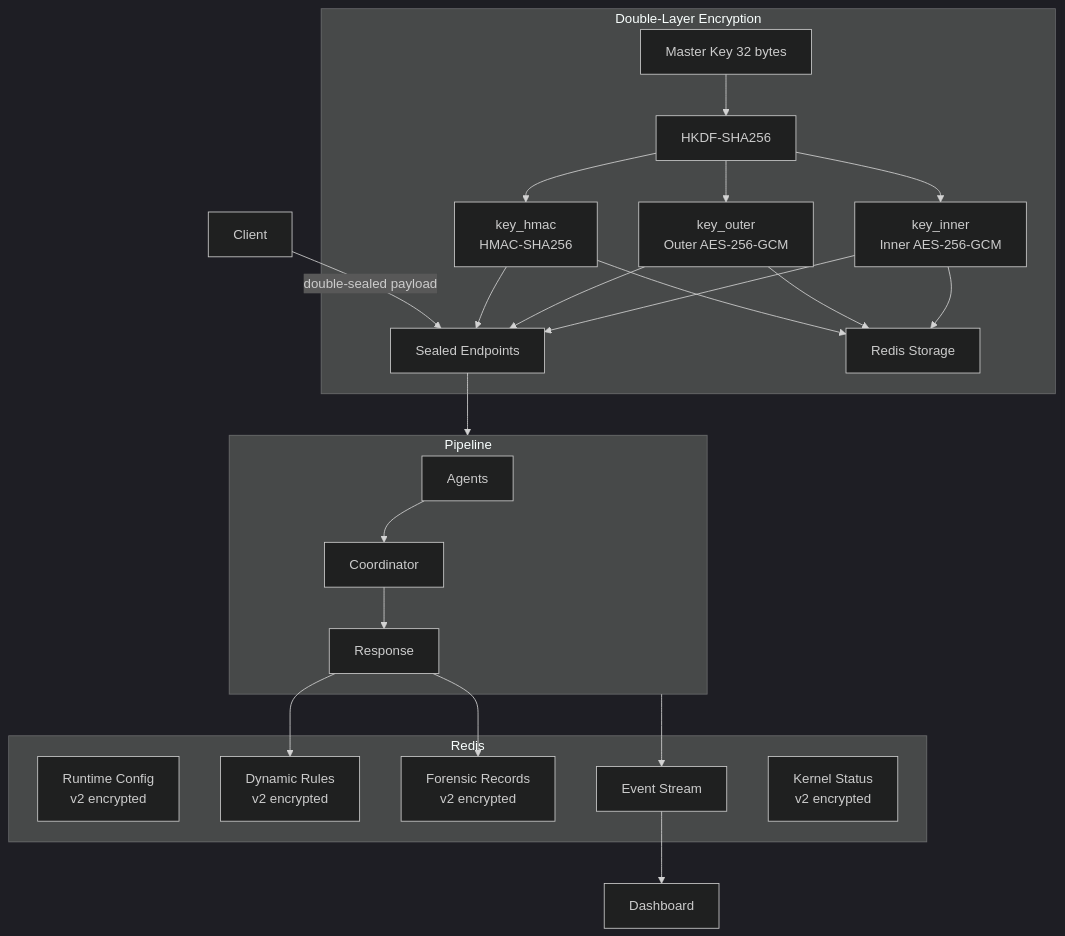
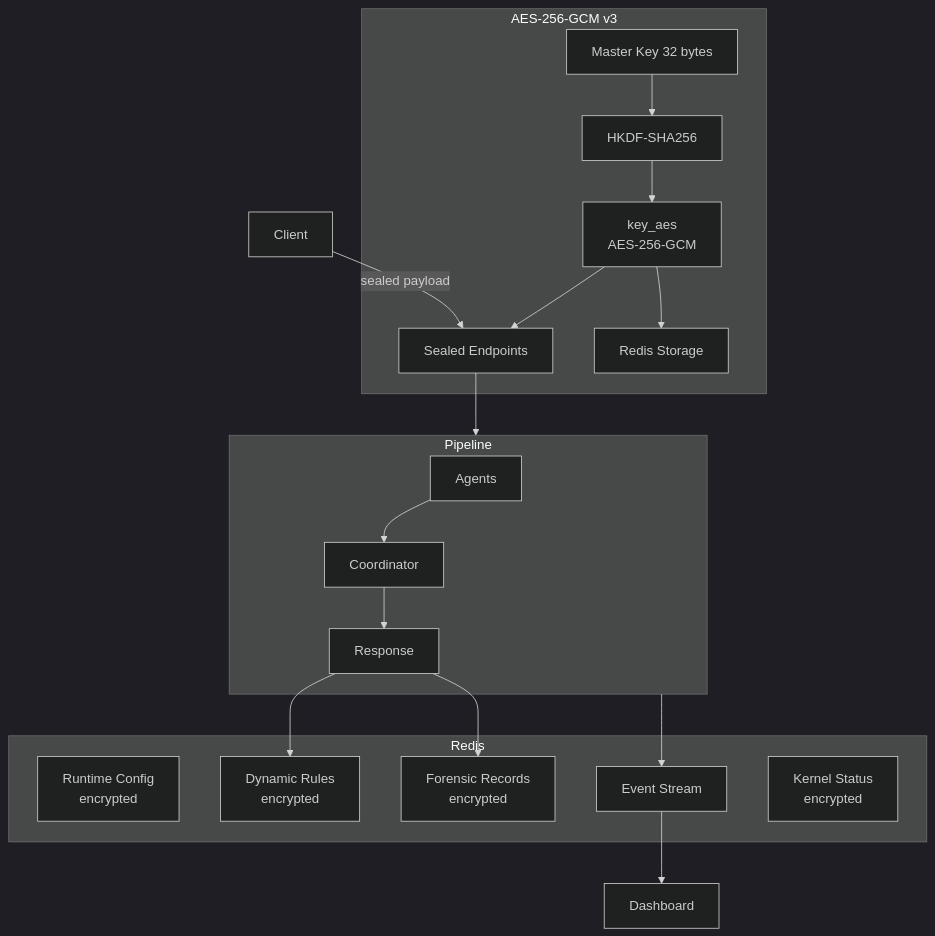
The second of 2 diagrams in docs/architecture.md (Legendarylibrorg/AutoDefense), drawn with Mermaid (dark theme) before and after one commit. The commit also changed other lines of this file and 21 other files, not shown here.

First line of the commit message:
Simplify crypto to v3 AES-GCM and harden key handling.

````diff
--- a/docs/architecture.md
+++ b/docs/architecture.md
@@ -122,34 +122,28 @@
 ```mermaid
 flowchart TB
-    subgraph Encryption[Double-Layer Encryption]
+    subgraph Encryption[AES-256-GCM v3]
         MK[Master Key 32 bytes] --> HKDF[HKDF-SHA256]
-        HKDF --> IK[key_inner<br>Inner AES-256-GCM]
-        HKDF --> OK[key_outer<br>Outer AES-256-GCM]
-        HKDF --> HK[key_hmac<br>HMAC-SHA256]
-        IK --> Seal[Sealed Endpoints]
-        OK --> Seal
-        HK --> Seal
-        IK --> Store[Redis Storage]
-        OK --> Store
-        HK --> Store
+        HKDF --> AES[key_aes<br>AES-256-GCM]
+        AES --> Seal[Sealed Endpoints]
+        AES --> Store[Redis Storage]
     end
 
     subgraph Storage[Redis]
-        Config[Runtime Config<br>v2 encrypted]
-        Rules[Dynamic Rules<br>v2 encrypted]
-        Forensic[Forensic Records<br>v2 encrypted]
+        Config[Runtime Config<br>encrypted]
+        Rules[Dynamic Rules<br>encrypted]
+        Forensic[Forensic Records<br>encrypted]
         Events[Event Stream]
-        KernelStatus[Kernel Status<br>v2 encrypted]
+        KernelStatus[Kernel Status<br>encrypted]
     end
 
     subgraph Pipeline
         Agents --> Coordinator --> Response
         Response --> Forensic
         Response --> Rules
     end
 
-    Client -->|double-sealed payload| Seal
+    Client -->|sealed payload| Seal
     Seal --> Pipeline
     Pipeline --> Events
     Events --> Dashboard
 ```
````
